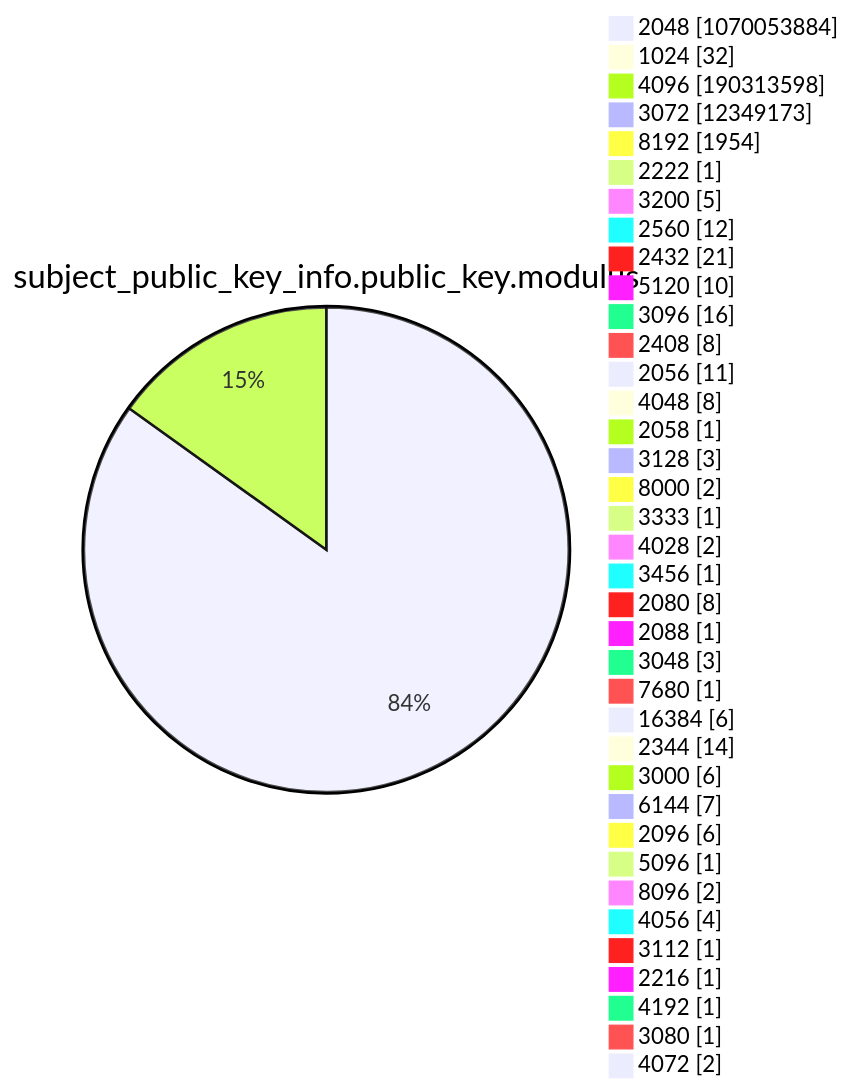
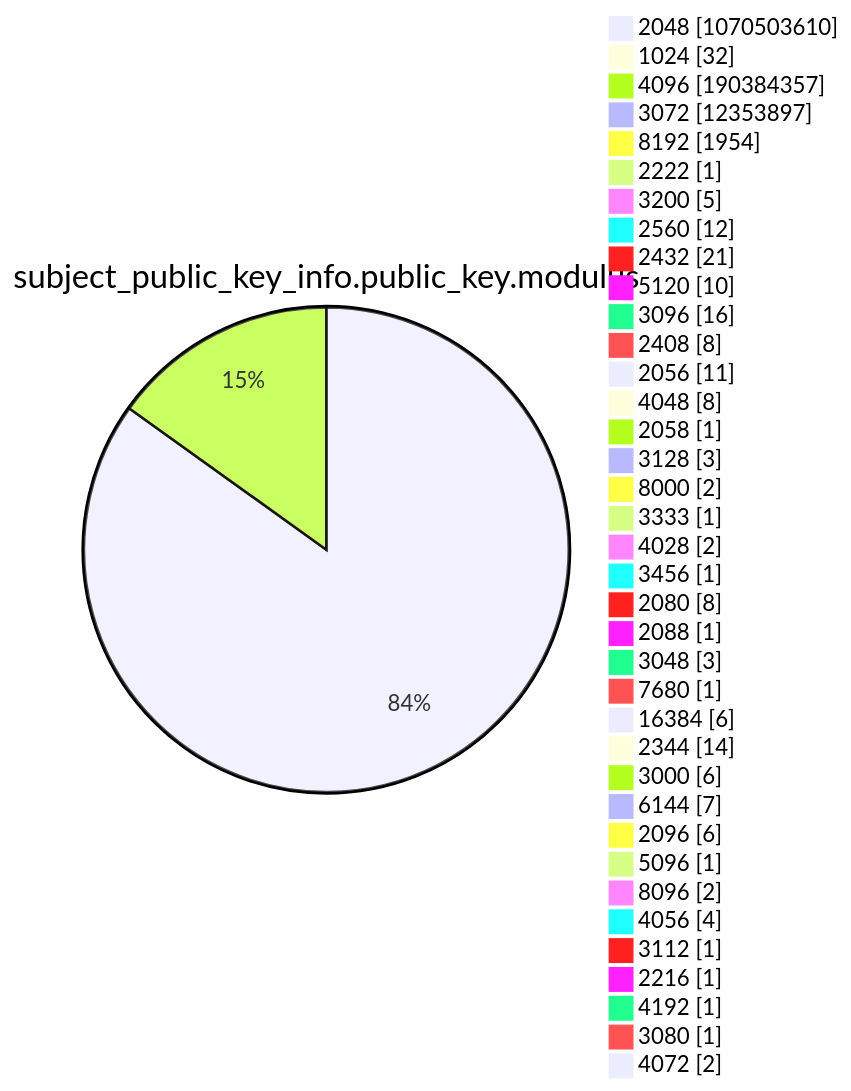
Before and after one commit to christiankrug/ctmonitor_visualization: diagram 13 of 15 in argon2022/README.md, drawn with Mermaid. The commit also changed other lines of this file, not shown here.

````diff
--- a/argon2022/README.md
+++ b/argon2022/README.md
@@ -3589,41 +3589,41 @@
 ```mermaid
 pie showData
 title subject_public_key_info.public_key.modulus
-"2048" :1070053884
+"2048" :1070503610
 "1024" :32
-"4096" :190313598
-"3072" :12349173
+"4096" :190384357
+"3072" :12353897
 "8192" :1954
 "2222" :1
 "3200" :5
 "2560" :12
 "2432" :21
 "5120" :10
 "3096" :16
 "2408" :8
 "2056" :11
 "4048" :8
 "2058" :1
 "3128" :3
 "8000" :2
 "3333" :1
 "4028" :2
 "3456" :1
 "2080" :8
 "2088" :1
 "3048" :3
 "7680" :1
 "16384" :6
 "2344" :14
 "3000" :6
 "6144" :7
 "2096" :6
 "5096" :1
 "8096" :2
 "4056" :4
 "3112" :1
 "2216" :1
 "4192" :1
 "3080" :1
 "4072" :2
 ```
````
